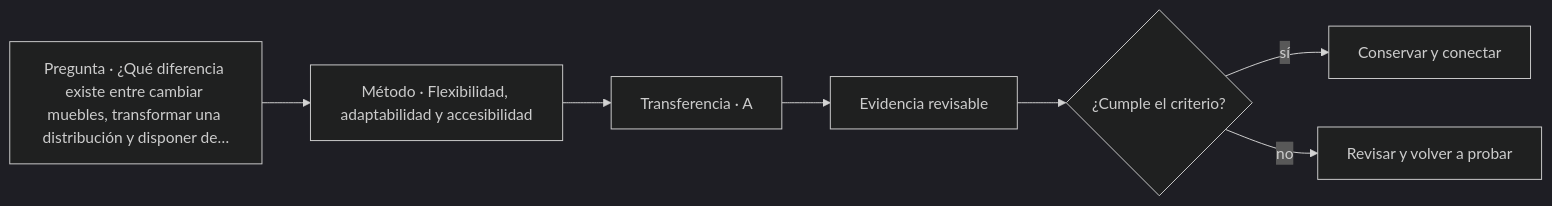
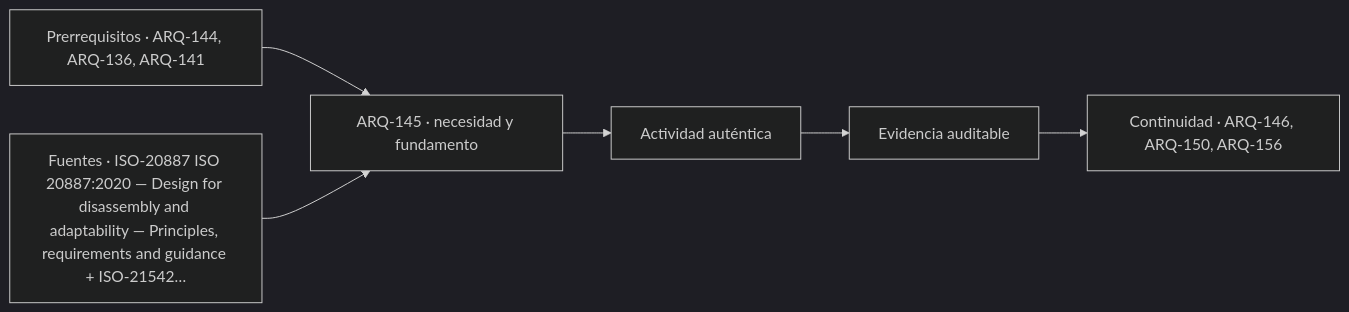
One commit to vladimiracunadev-create/architecture-built-environment-learning-program changed the diagram in classes/parte-15/ARQ-145.md. Above: the diagram before and after it, drawn with Mermaid (dark theme). The commit also changed other lines of this file and 761 other files, not shown here.

````diff
--- a/classes/parte-15/ARQ-145.md
+++ b/classes/parte-15/ARQ-145.md
@@ -108,9 +120,8 @@
 ```mermaid
 flowchart LR
-    Q["Pregunta · ¿Qué diferencia existe entre cambiar muebles, transformar una distribución y disponer de…"] --> M["Método · Flexibilidad, adaptabilidad y accesibilidad"]
-    M --> P["Transferencia · A"]
-    P --> E["Evidencia revisable"]
-    E --> C{"¿Cumple el criterio?"}
-    C -->|sí| T["Conservar y conectar"]
-    C -->|no| R["Revisar y volver a probar"]
+    A["Prerrequisitos · ARQ-144, ARQ-136, ARQ-141"] --> B["ARQ-145 · necesidad y fundamento"]
+    S["Fuentes · ISO-20887 ISO 20887:2020 — Design for disassembly and adaptability — Principles, requirements and guidance + ISO-21542…"] --> B
+    B --> C["Actividad auténtica"]
+    C --> D["Evidencia auditable"]
+    D --> E["Continuidad · ARQ-146, ARQ-150, ARQ-156"]
 ```
````
